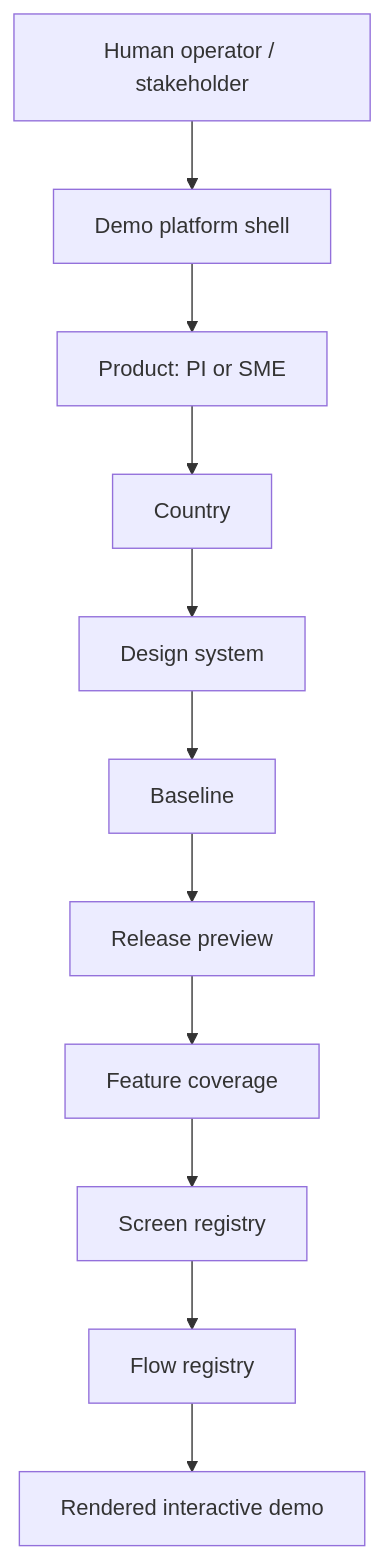
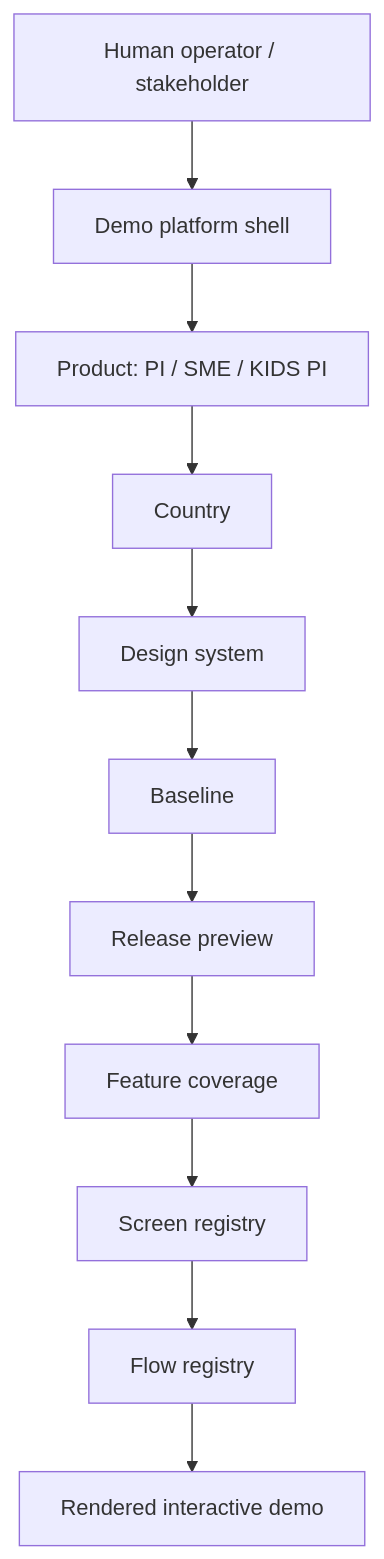
Before and after one commit to cata009/mobile-banking-cee: the first of 2 diagrams in docs/architecture/PROJECT_MODEL.md, drawn with Mermaid. The commit also changed other lines of this file and 61 other files, not shown here.

````diff
--- a/docs/architecture/PROJECT_MODEL.md
+++ b/docs/architecture/PROJECT_MODEL.md
@@ -19,13 +19,13 @@
 ```mermaid
 flowchart TD
   Operator["Human operator / stakeholder"] --> DemoShell["Demo platform shell"]
-  DemoShell --> Product["Product: PI or SME"]
+  DemoShell --> Product["Product: PI / SME / KIDS PI"]
   Product --> Country["Country"]
   Country --> DesignSystem["Design system"]
   DesignSystem --> Baseline["Baseline"]
   Baseline --> Release["Release preview"]
   Release --> Feature["Feature coverage"]
   Feature --> Screen["Screen registry"]
   Screen --> Flow["Flow registry"]
   Flow --> RenderedDemo["Rendered interactive demo"]
 ```
````
